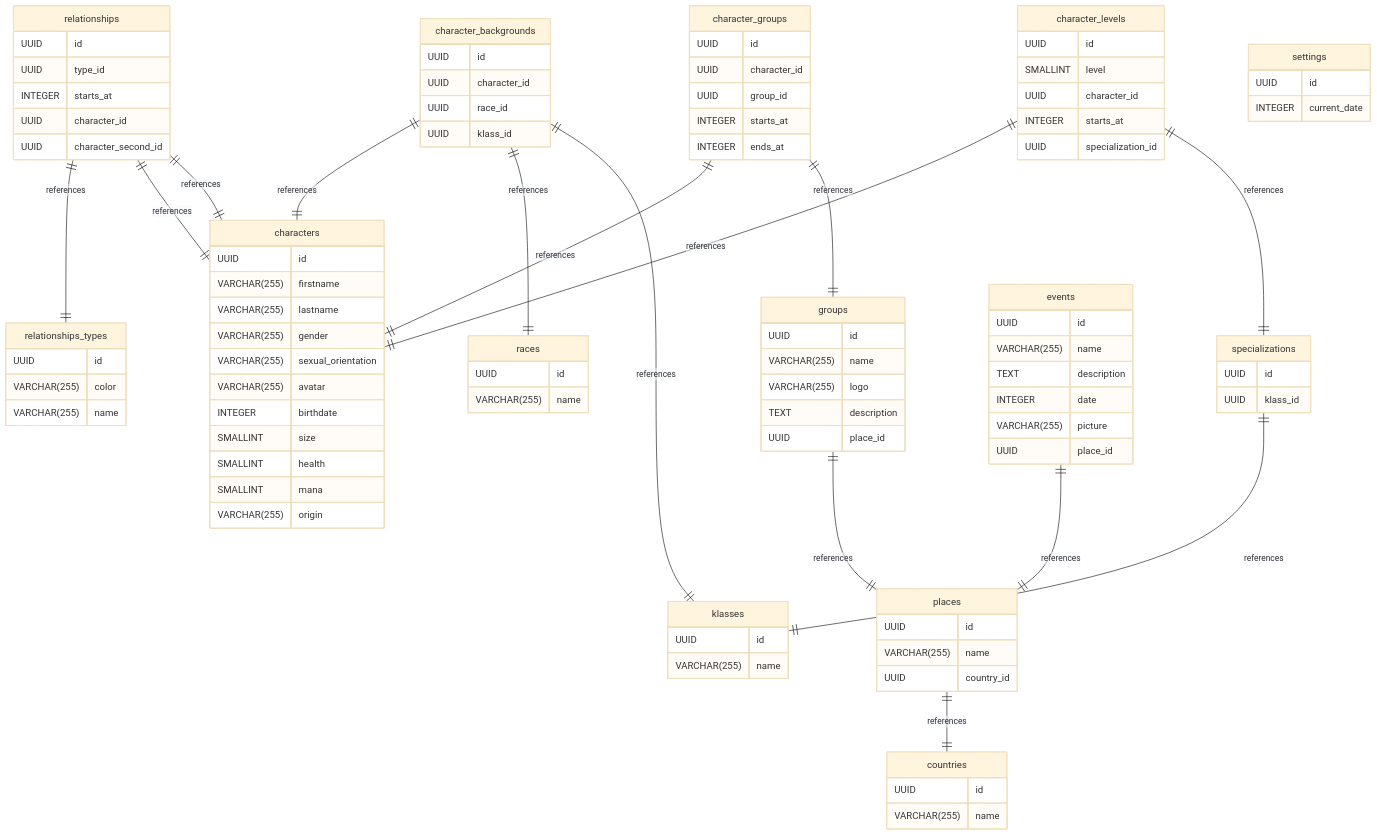
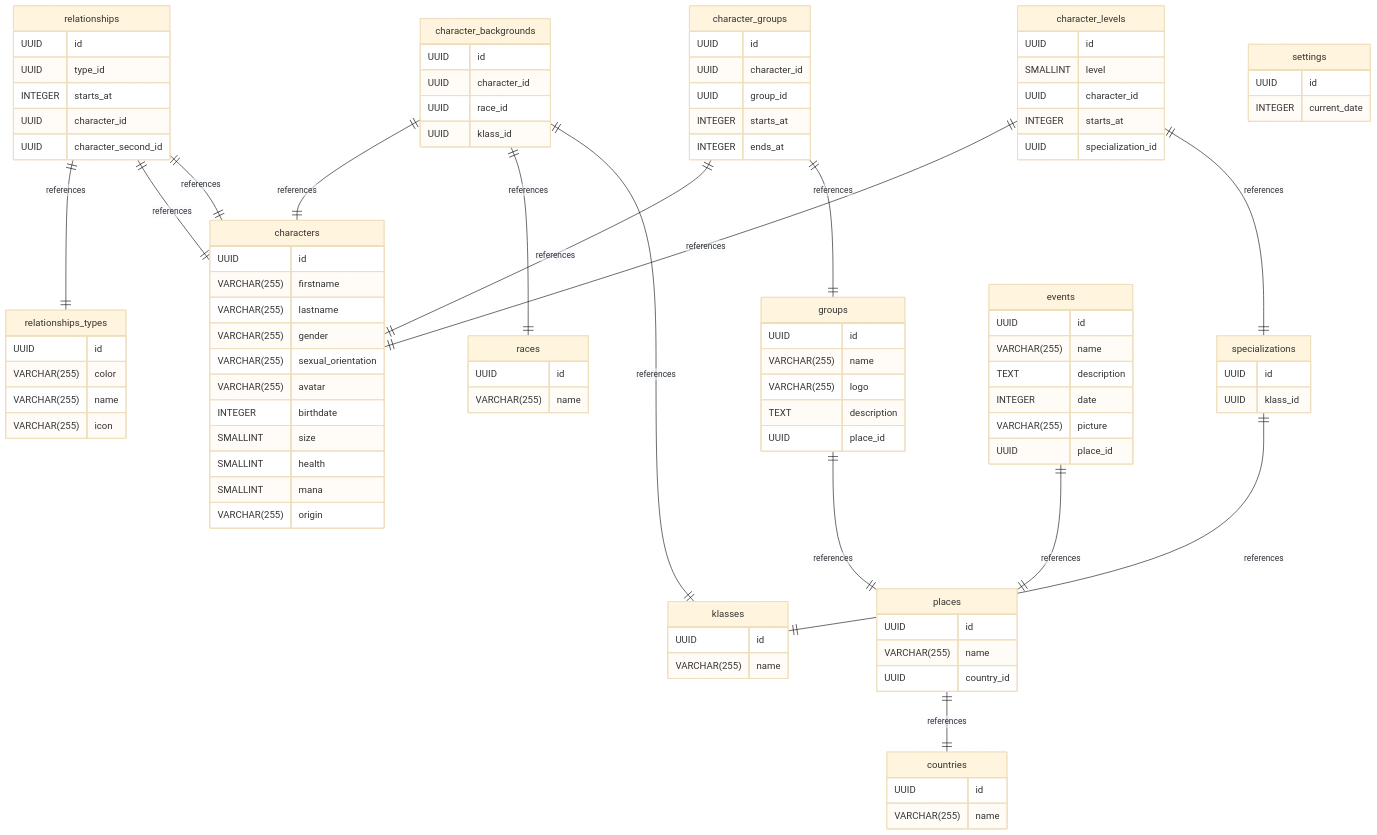
Before and after one commit to MendyDihars/no_pain_no_campaign: the diagram in db.md, drawn with Mermaid (base theme). The commit also changed other lines of this file and 13 other files, not shown here.

```diff
--- a/db.md
+++ b/db.md
@@ -257,6 +258,7 @@
 		UUID id
 		VARCHAR(255) color
 		VARCHAR(255) name
+		VARCHAR(255) icon
 	}
 
 	groups {
```
